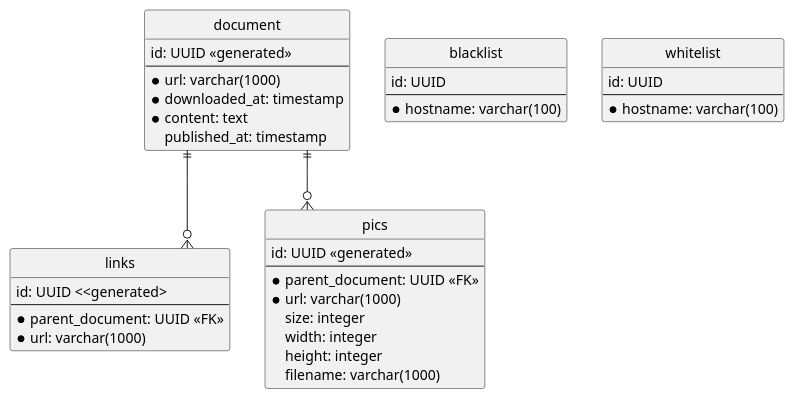
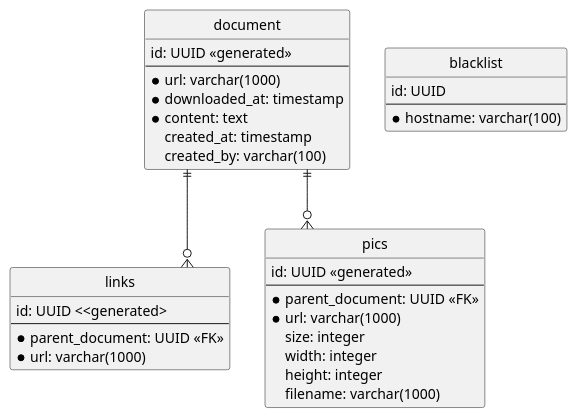
The diagram in WebScraper Data Model.puml (jdufner/WebScraper), drawn with PlantUML before and after one commit. The commit also changed 9 other files, not shown here.

```diff
--- a/WebScraper Data Model.puml
+++ b/WebScraper Data Model.puml
@@ -1,48 +1,44 @@
 @startuml
 
 hide circle
 skinparam linetype ortho
 
 entity document {
     id: UUID <<generated>>
     --
     * url: varchar(1000)
     * downloaded_at: timestamp
     * content: text
-    published_at: timestamp
+    created_at: timestamp
+    created_by: varchar(100)
 }
 
 entity links {
     id: UUID <<generated>
     --
     * parent_document: UUID <<FK>>
     * url: varchar(1000)
 }
 
 entity pics {
     id: UUID <<generated>>
     --
     * parent_document: UUID <<FK>>
     * url: varchar(1000)
     size: integer
     width: integer
     height: integer
     filename: varchar(1000)
 }
 
 entity blacklist {
     id: UUID
     --
     * hostname: varchar(100)
 }
 
-entity whitelist {
-    id: UUID
-    --
-    * hostname: varchar(100)
-}
 
 document ||--o{ links
 document ||--o{ pics
 
 @enduml
```
